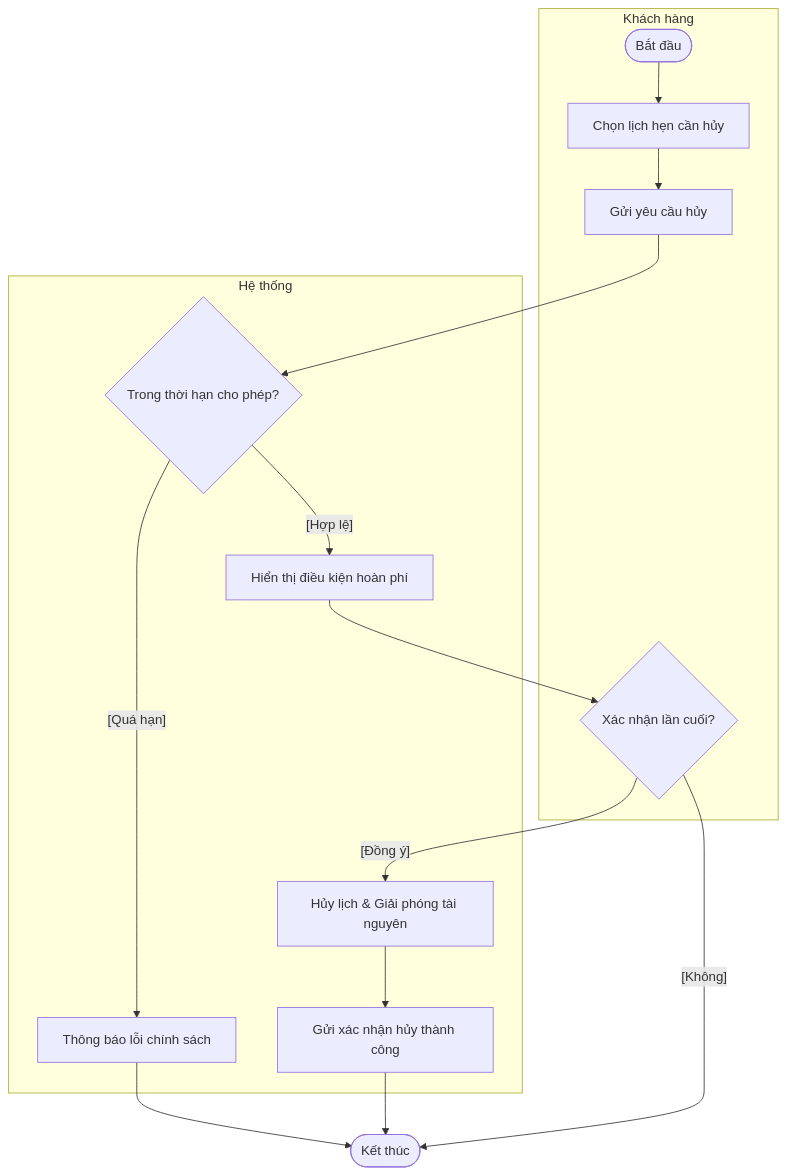
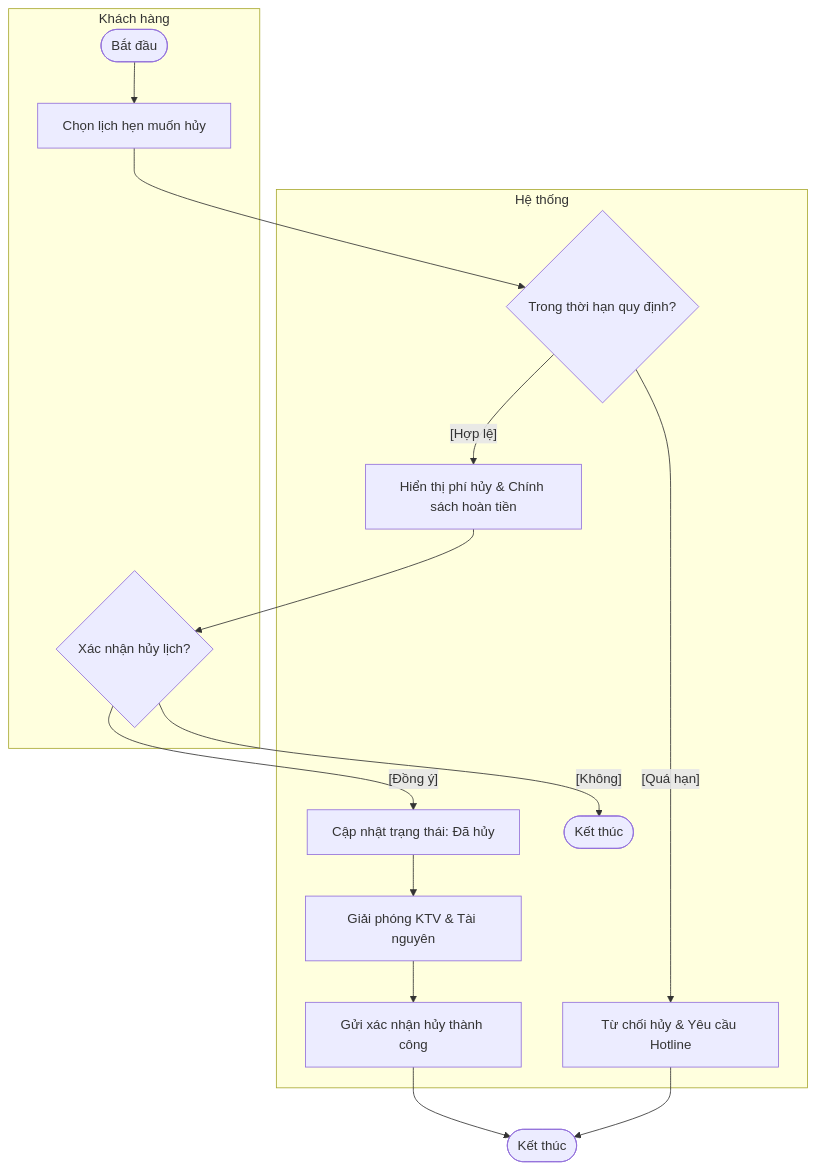
The fourth of 10 diagrams in docs/design/activity_diagrams.md (ngoctinn/Synapse), drawn with Mermaid before and after one commit. The commit also changed other lines of this file and 6 other files, not shown here.

Commit message:
docs: Add initial design documentation covering use cases, data specifications, and various system diagrams.

````diff
--- a/docs/design/activity_diagrams.md
+++ b/docs/design/activity_diagrams.md
@@ -105,23 +105,24 @@
 ```mermaid
 flowchart TD
     subgraph KhachHang ["Khách hàng"]
-        Start([Bắt đầu]) --> SelectBooking[Chọn lịch hẹn cần hủy]
-        SelectBooking --> RequestCancel[Gửi yêu cầu hủy]
-        FinalConfirm{Xác nhận lần cuối?}
+        Start([Bắt đầu]) --> PickBooking[Chọn lịch hẹn muốn hủy]
+        ConfirmCancel{Xác nhận hủy lịch?}
     end
 
     subgraph HeThong ["Hệ thống"]
-        RequestCancel --> PolicyCheck{Trong thời hạn cho phép?}
+        PickBooking --> PolicyCheck{Trong thời hạn quy định?}
 
-        PolicyCheck -- "[Quá hạn]" --> Alert[Thông báo lỗi chính sách]
-        PolicyCheck -- "[Hợp lệ]" --> Terms[Hiển thị điều kiện hoàn phí]
+        PolicyCheck -- "[Quá hạn]" --> Deny[Từ chối hủy & Yêu cầu Hotline]
+        PolicyCheck -- "[Hợp lệ]" --> ShowTerms[Hiển thị phí hủy & Chính sách hoàn tiền]
 
-        Terms --> FinalConfirm
-        FinalConfirm -- "[Đồng ý]" --> UpdateStatus[Hủy lịch & Giải phóng tài nguyên]
-        UpdateStatus --> SendCancelNoti[Gửi xác nhận hủy thành công]
+        ShowTerms --> ConfirmCancel
+        ConfirmCancel -- "[Đồng ý]" --> MarkCancel[Cập nhật trạng thái: Đã hủy]
+        ConfirmCancel -- "[Không]" --> EndCancel([Kết thúc])
+
+        MarkCancel --> FreeResources[Giải phóng KTV & Tài nguyên]
+        FreeResources --> Notify[Gửi xác nhận hủy thành công]
     end
 
-    SendCancelNoti --> End([Kết thúc])
-    Alert --> End
-    FinalConfirm -- "[Không]" --> End
+    Notify --> End([Kết thúc])
+    Deny --> End
 ```
````
